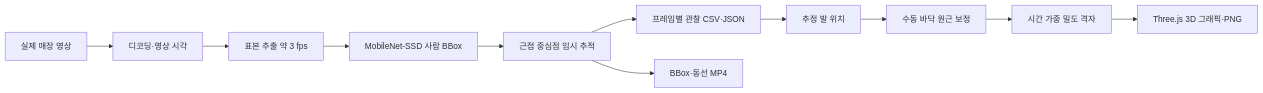
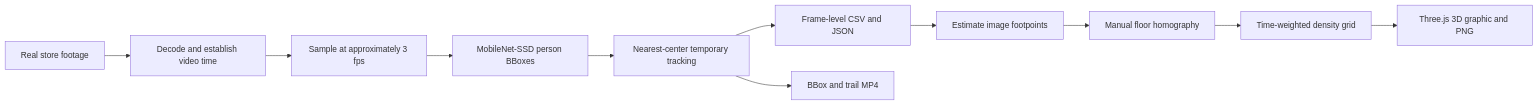
Before and after one commit to ikjoo5/tracker.ai: the diagram in docs/pipeline.md, drawn with Mermaid. The commit also changed other lines of this file and 49 other files, not shown here.

````diff
--- a/docs/pipeline.md
+++ b/docs/pipeline.md
@@ -5,13 +5,13 @@
 ```mermaid
 flowchart LR
-    A[실제 매장 영상] --> B[디코딩·영상 시각]
-    B --> C[표본 추출 약 3 fps]
-    C --> D[MobileNet-SSD 사람 BBox]
-    D --> E[근접 중심점 임시 추적]
-    E --> F[프레임별 관찰 CSV·JSON]
-    E --> G[BBox·동선 MP4]
-    F --> H[추정 발 위치]
-    H --> I[수동 바닥 원근 보정]
-    I --> J[시간 가중 밀도 격자]
-    J --> K[Three.js 3D 그래픽·PNG]
+    A[Real store footage] --> B[Decode and establish video time]
+    B --> C[Sample at approximately 3 fps]
+    C --> D[MobileNet-SSD person BBoxes]
+    D --> E[Nearest-center temporary tracking]
+    E --> F[Frame-level CSV and JSON]
+    E --> G[BBox and trail MP4]
+    F --> H[Estimate image footpoints]
+    H --> I[Manual floor homography]
+    I --> J[Time-weighted density grid]
+    J --> K[Three.js 3D graphic and PNG]
 ```
````
